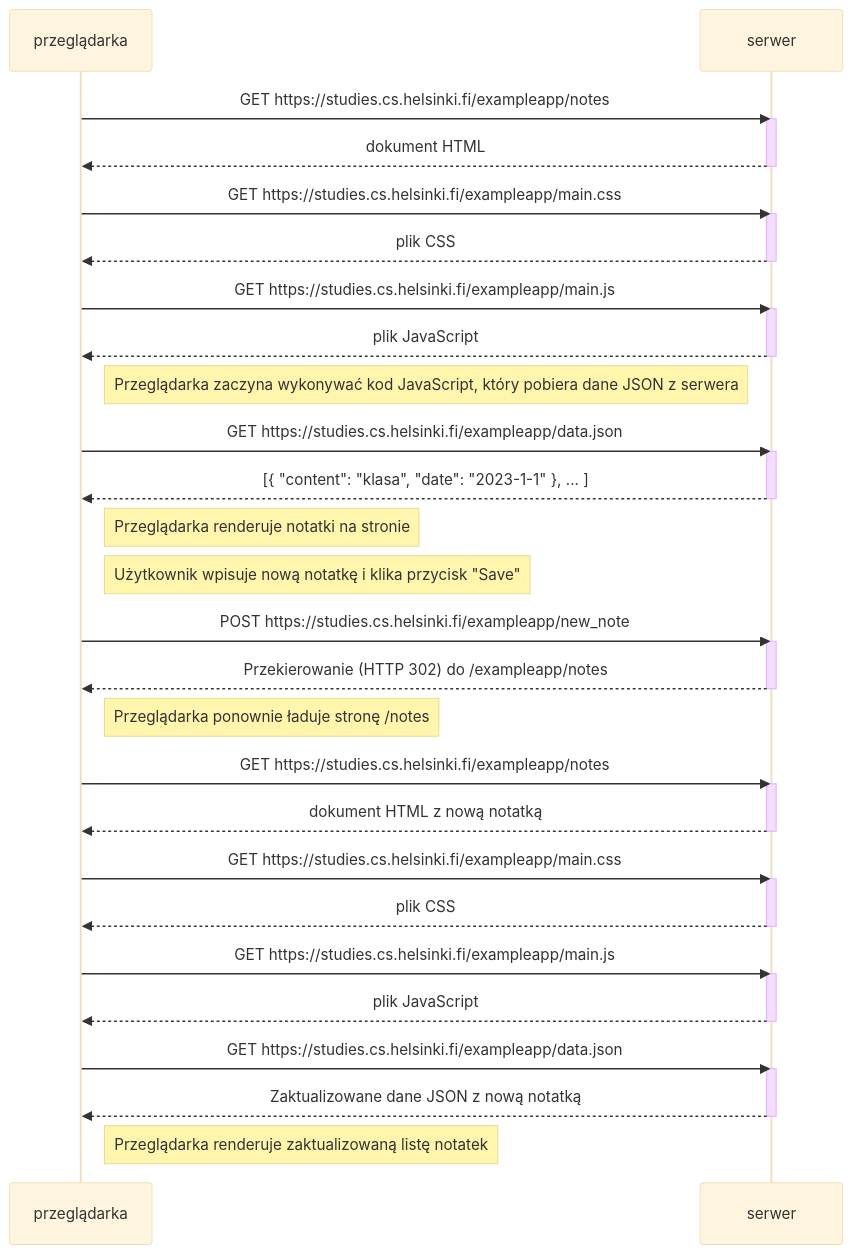
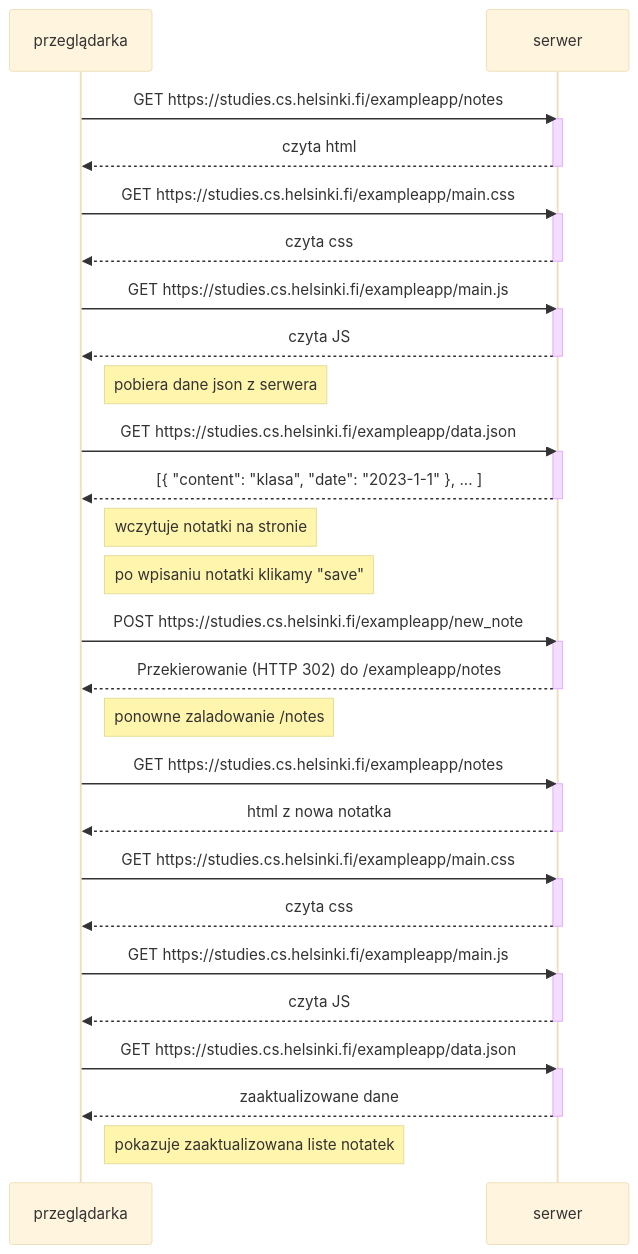
One commit to Layer2843/my-repo changed the diagram in Part0/zad0-4.mmd. Above: the diagram before and after it, drawn with Mermaid (base theme). The commit also changed 2 other files, not shown here.

```diff
--- a/Part0/zad0-4.mmd
+++ b/Part0/zad0-4.mmd
@@ -1,58 +1,58 @@
 sequenceDiagram
     participant przeglądarka
     participant serwer
 
     przeglądarka->>serwer: GET https://studies.cs.helsinki.fi/exampleapp/notes
     activate serwer
-    serwer-->>przeglądarka: dokument HTML
+    serwer-->>przeglądarka: czyta html
     deactivate serwer
 
     przeglądarka->>serwer: GET https://studies.cs.helsinki.fi/exampleapp/main.css
     activate serwer
-    serwer-->>przeglądarka: plik CSS
+    serwer-->>przeglądarka: czyta css
     deactivate serwer
 
     przeglądarka->>serwer: GET https://studies.cs.helsinki.fi/exampleapp/main.js
     activate serwer
-    serwer-->>przeglądarka: plik JavaScript
+    serwer-->>przeglądarka: czyta JS
     deactivate serwer
 
-    Note right of przeglądarka: Przeglądarka zaczyna wykonywać kod JavaScript, który pobiera dane JSON z serwera
+    Note right of przeglądarka: pobiera dane json z serwera
 
     przeglądarka->>serwer: GET https://studies.cs.helsinki.fi/exampleapp/data.json
     activate serwer
     serwer-->>przeglądarka: [{ "content": "klasa", "date": "2023-1-1" }, ... ]
     deactivate serwer
 
-    Note right of przeglądarka: Przeglądarka renderuje notatki na stronie
+    Note right of przeglądarka: wczytuje notatki na stronie
 
-    Note right of przeglądarka: Użytkownik wpisuje nową notatkę i klika przycisk "Save"
+    Note right of przeglądarka: po wpisaniu notatki klikamy "save"
 
     przeglądarka->>serwer: POST https://studies.cs.helsinki.fi/exampleapp/new_note
     activate serwer
     serwer-->>przeglądarka: Przekierowanie (HTTP 302) do /exampleapp/notes
     deactivate serwer
 
-    Note right of przeglądarka: Przeglądarka ponownie ładuje stronę /notes
+    Note right of przeglądarka: ponowne zaladowanie /notes
 
     przeglądarka->>serwer: GET https://studies.cs.helsinki.fi/exampleapp/notes
     activate serwer
-    serwer-->>przeglądarka: dokument HTML z nową notatką
+    serwer-->>przeglądarka: html z nowa notatka
     deactivate serwer
 
     przeglądarka->>serwer: GET https://studies.cs.helsinki.fi/exampleapp/main.css
     activate serwer
-    serwer-->>przeglądarka: plik CSS
+    serwer-->>przeglądarka: czyta css
     deactivate serwer
 
     przeglądarka->>serwer: GET https://studies.cs.helsinki.fi/exampleapp/main.js
     activate serwer
-    serwer-->>przeglądarka: plik JavaScript
+    serwer-->>przeglądarka: czyta JS
     deactivate serwer
 
     przeglądarka->>serwer: GET https://studies.cs.helsinki.fi/exampleapp/data.json
     activate serwer
-    serwer-->>przeglądarka: Zaktualizowane dane JSON z nową notatką
+    serwer-->>przeglądarka: zaaktualizowane dane
     deactivate serwer
 
-    Note right of przeglądarka: Przeglądarka renderuje zaktualizowaną listę notatek
+    Note right of przeglądarka: pokazuje zaaktualizowana liste notatek
```
